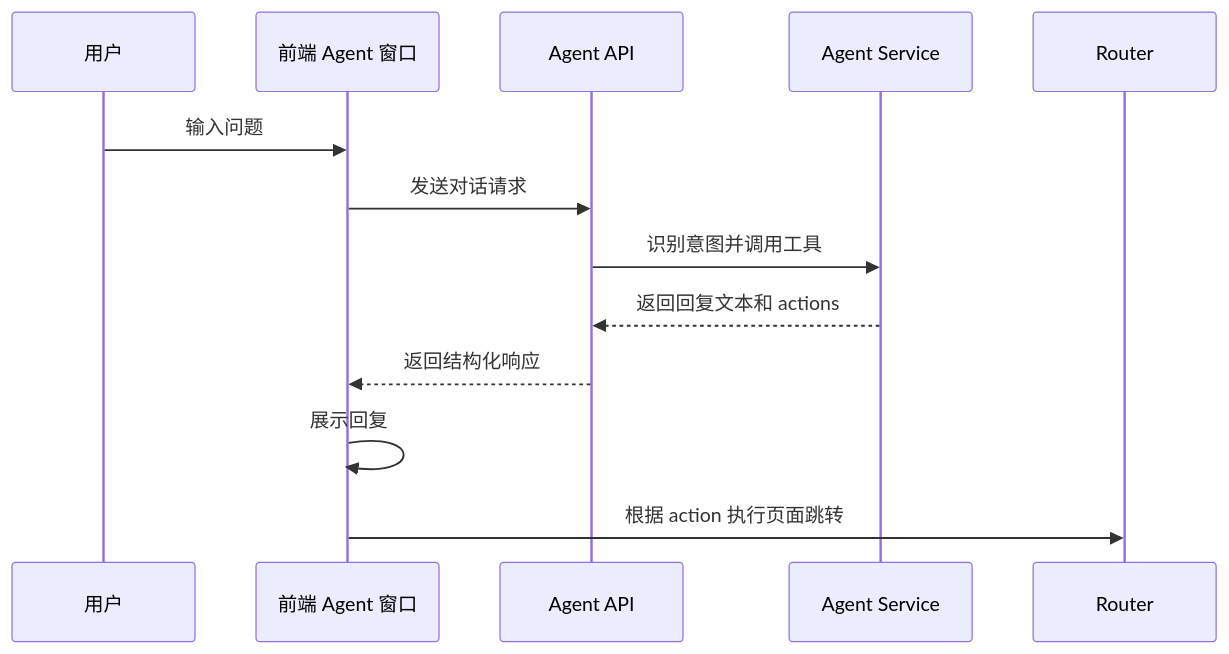
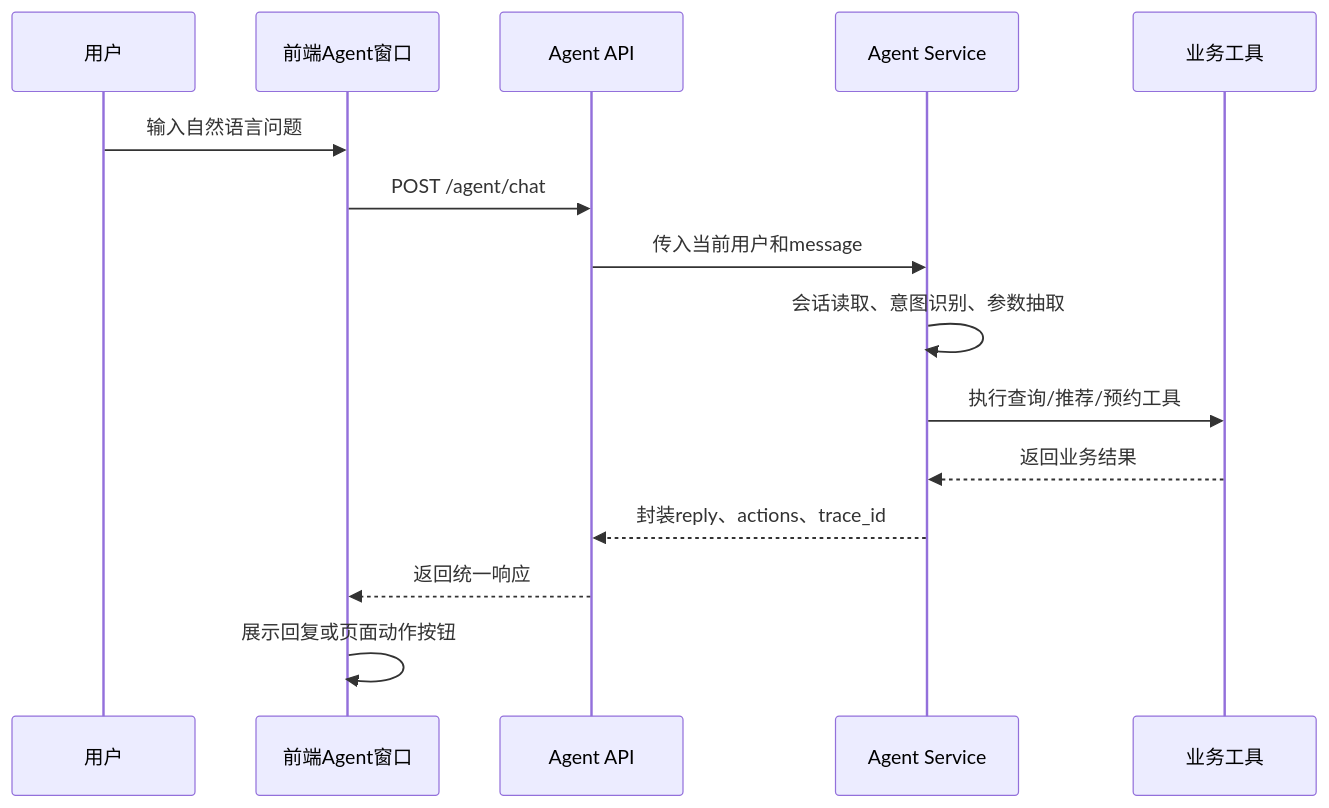
Diagram 12 of 13 in 论文初稿.md (xzhengdev/LaboratoryManagementSystem), drawn with Mermaid before and after one commit. The commit also changed other lines of this file, not shown here.

````diff
--- a/论文初稿.md
+++ b/论文初稿.md
@@ -994,16 +1011,18 @@
 ```mermaid
 sequenceDiagram
     participant U as 用户
-    participant C as 前端 Agent 窗口
+    participant C as 前端Agent窗口
     participant A as Agent API
     participant S as Agent Service
-    participant R as Router
+    participant T as 业务工具
 
-    U->>C: 输入问题
-    C->>A: 发送对话请求
-    A->>S: 识别意图并调用工具
-    S-->>A: 返回回复文本和 actions
-    A-->>C: 返回结构化响应
-    C->>C: 展示回复
-    C->>R: 根据 action 执行页面跳转
+    U->>C: 输入自然语言问题
+    C->>A: POST /agent/chat
+    A->>S: 传入当前用户和message
+    S->>S: 会话读取、意图识别、参数抽取
+    S->>T: 执行查询/推荐/预约工具
+    T-->>S: 返回业务结果
+    S-->>A: 封装reply、actions、trace_id
+    A-->>C: 返回统一响应
+    C->>C: 展示回复或页面动作按钮
 ```
````
